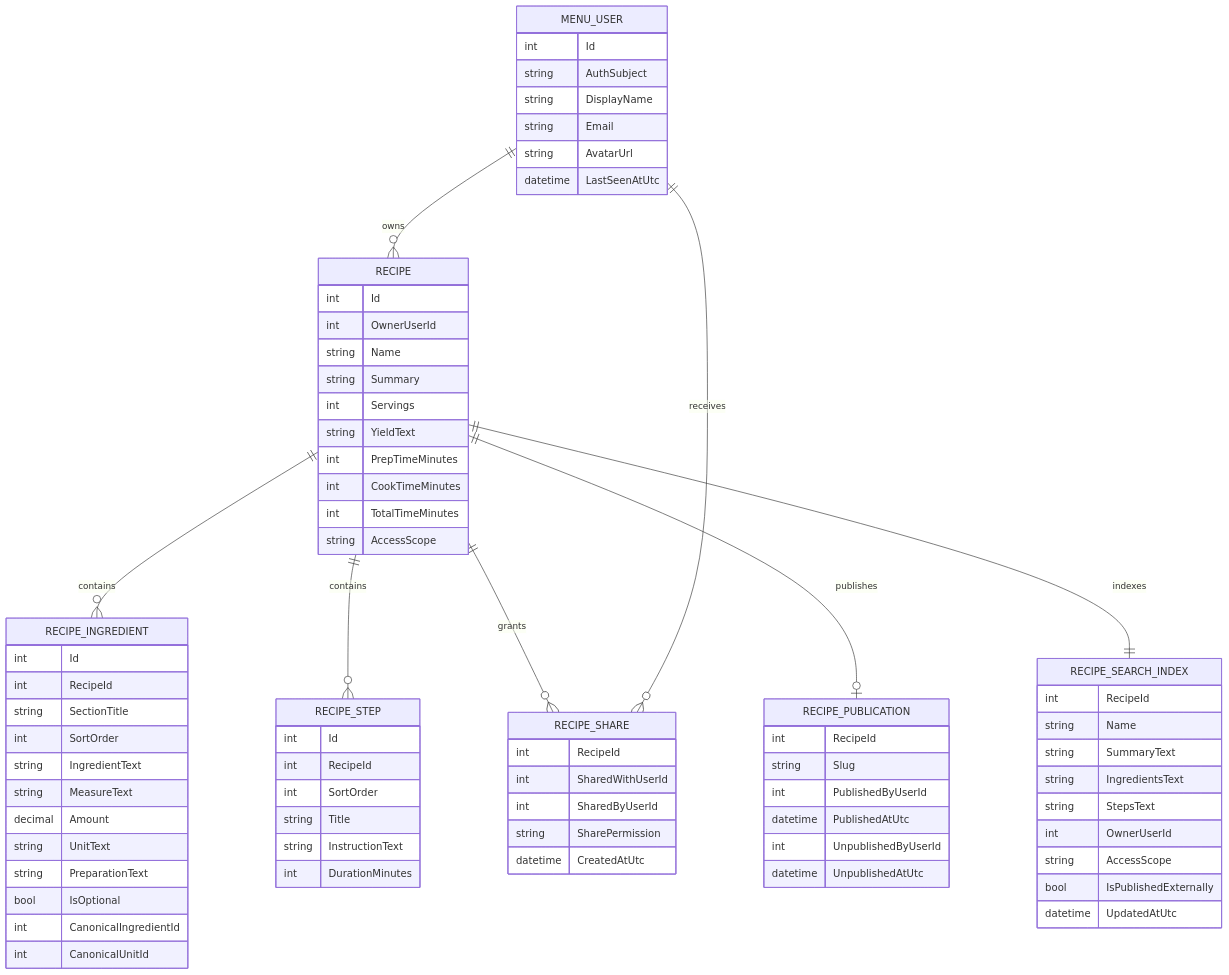
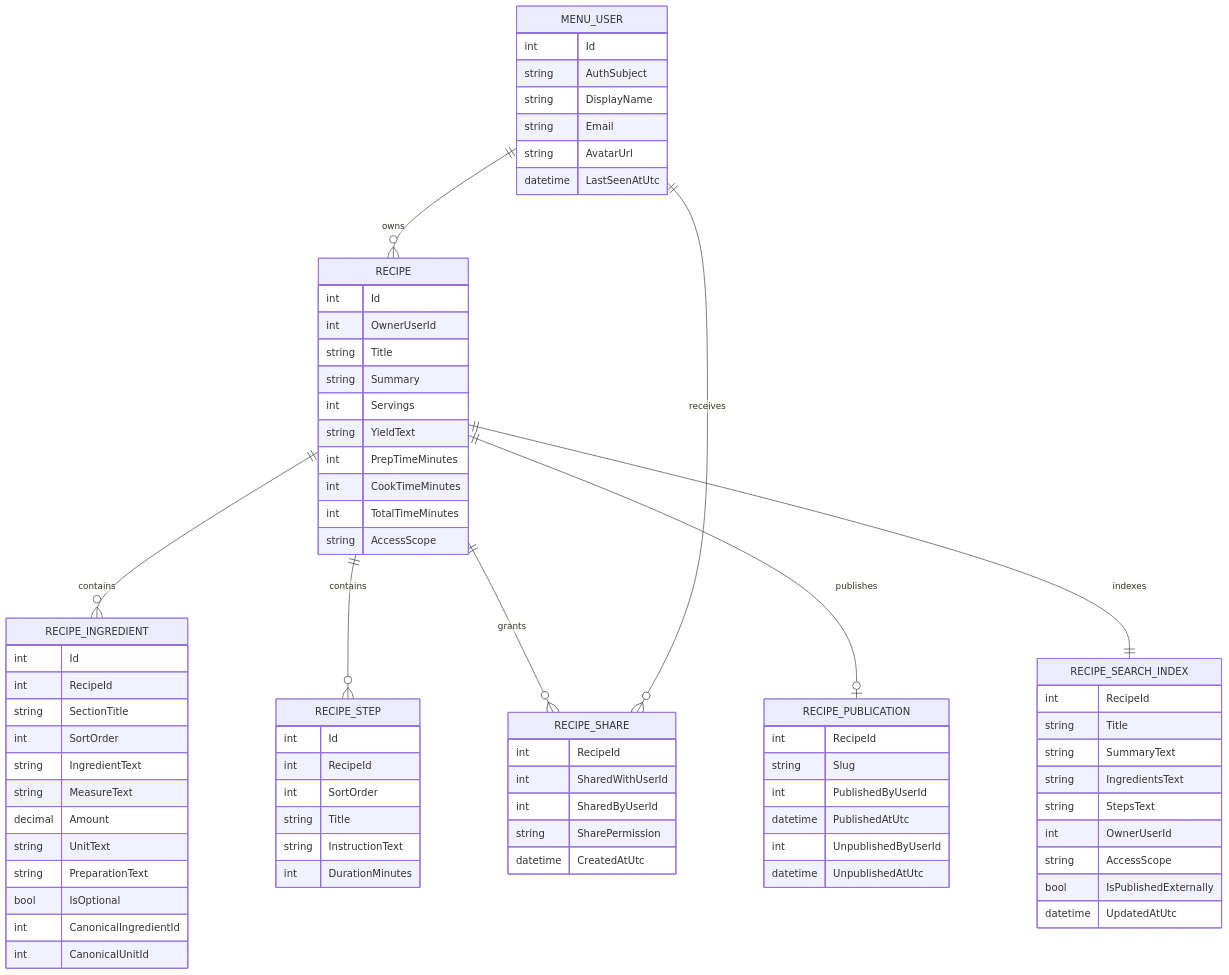
One commit to dgee2/Menu changed the first of 3 diagrams in docs/specs/recipe-creation-target-architecture.md. Above: the diagram before and after it, drawn with Mermaid. The commit also changed other lines of this file, not shown here.

Commit message:
docs: address recipe architecture review feedback

```diff
--- a/docs/specs/recipe-creation-target-architecture.md
+++ b/docs/specs/recipe-creation-target-architecture.md
@@ -251,7 +259,7 @@
     RECIPE {
         int Id
         int OwnerUserId
-        string Name
+        string Title
         string Summary
         int Servings
         string YieldText
@@ -304,7 +312,7 @@
 
     RECIPE_SEARCH_INDEX {
         int RecipeId
-        string Name
+        string Title
         string SummaryText
         string IngredientsText
         string StepsText
```
